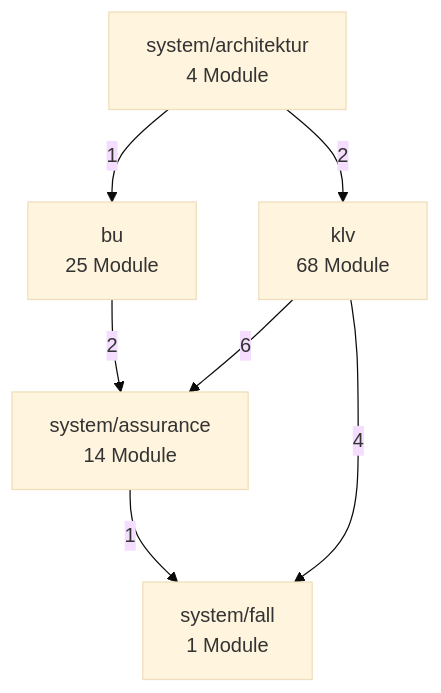
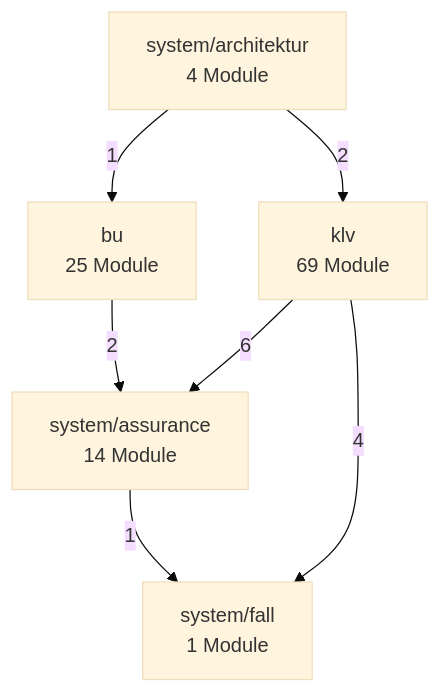
One commit to bartlmac/rechner-pipeline changed the second of 3 diagrams in docs/architektur/landkarte.md. Above: the diagram before and after it, drawn with Mermaid (base theme). The commit also changed other lines of this file and 2 other files, not shown here.

````diff
--- a/docs/architektur/landkarte.md
+++ b/docs/architektur/landkarte.md
@@ -73,15 +73,15 @@
 ```mermaid
 %% Fachknoten — erzeugt von ontologie.landkarte
 flowchart TD
     bu["bu<br/>25 Module"]
-    klv["klv<br/>68 Module"]
+    klv["klv<br/>69 Module"]
     system_architektur["system/architektur<br/>4 Module"]
     system_assurance["system/assurance<br/>14 Module"]
     system_fall["system/fall<br/>1 Module"]
     bu -- 2 --> system_assurance
     klv -- 6 --> system_assurance
     klv -- 4 --> system_fall
     system_architektur -- 1 --> bu
     system_architektur -- 2 --> klv
     system_assurance -- 1 --> system_fall
 ```
````
